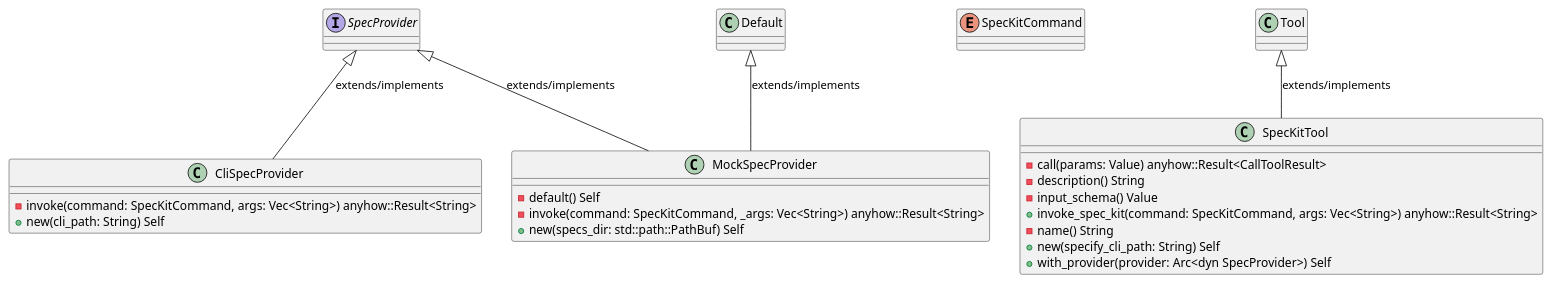
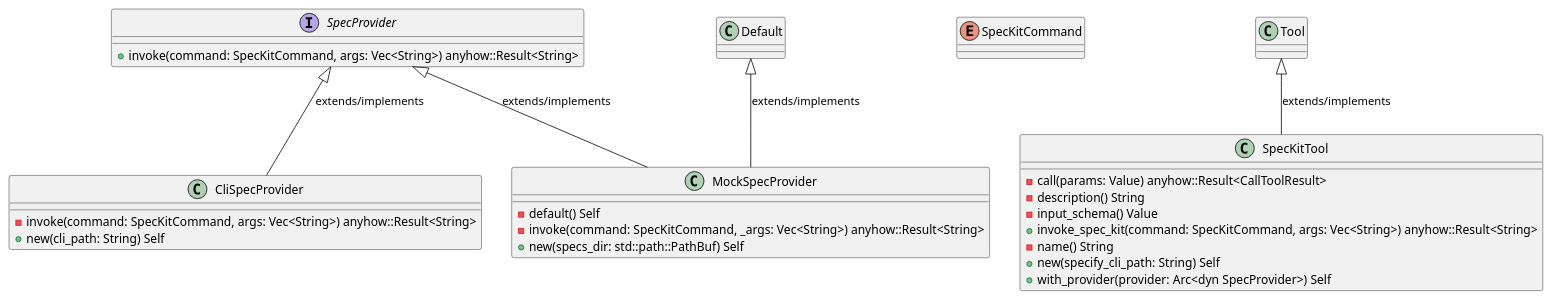
The first of 6 diagrams in openwiki/crates_factory_mcp_server_src_tools_spec_kit_tool.md (lgcorzo/rust_CACD_autonomous_factory), drawn with PlantUML before and after one commit. The commit also changed other lines of this file and 96 other files, not shown here.

````diff
--- a/openwiki/crates_factory_mcp_server_src_tools_spec_kit_tool.md
+++ b/openwiki/crates_factory_mcp_server_src_tools_spec_kit_tool.md
@@ -230,31 +259,32 @@
 ```plantuml
 @startuml
 class CliSpecProvider {
     -invoke(command: SpecKitCommand, args: Vec<String>) anyhow::Result<String>
     +new(cli_path: String) Self
 }
 SpecProvider <|-- CliSpecProvider : extends/implements
 class MockSpecProvider {
     -default() Self
     -invoke(command: SpecKitCommand, _args: Vec<String>) anyhow::Result<String>
     +new(specs_dir: std::path::PathBuf) Self
 }
 Default <|-- MockSpecProvider : extends/implements
 SpecProvider <|-- MockSpecProvider : extends/implements
 enum SpecKitCommand {
 }
 class SpecKitTool {
     -call(params: Value) anyhow::Result<CallToolResult>
     -description() String
     -input_schema() Value
     +invoke_spec_kit(command: SpecKitCommand, args: Vec<String>) anyhow::Result<String>
     -name() String
     +new(specify_cli_path: String) Self
     +with_provider(provider: Arc<dyn SpecProvider>) Self
 }
 Tool <|-- SpecKitTool : extends/implements
 interface SpecProvider {
+    +invoke(command: SpecKitCommand, args: Vec<String>) anyhow::Result<String>
 }
 @enduml
 
 ```
````
